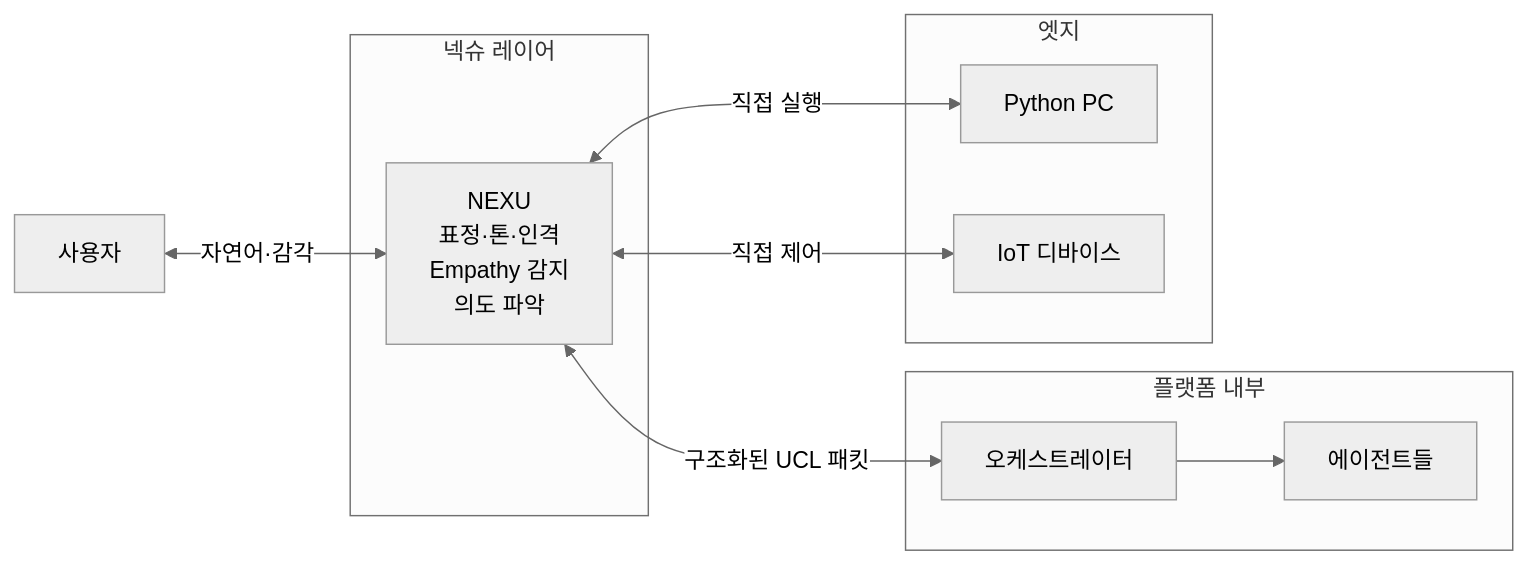
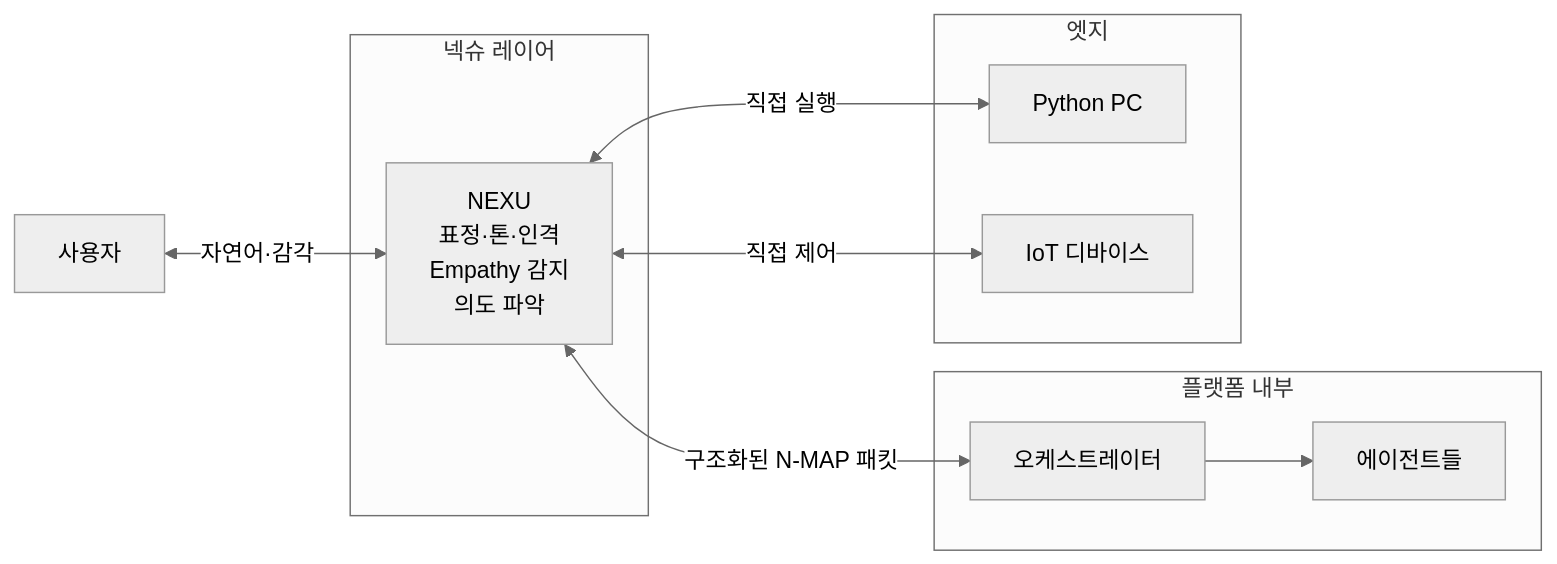
One commit to U2SOUTION/NEXA changed the third of 3 diagrams in NEXA-Platform/docs/SYS ARCH NEXA 핵심 인프라.md. Above: the diagram before and after it, drawn with Mermaid (neutral theme). The commit also changed other lines of this file and 145 other files, not shown here.

````diff
--- a/NEXA-Platform/docs/SYS ARCH NEXA 핵심 인프라.md
+++ b/NEXA-Platform/docs/SYS ARCH NEXA 핵심 인프라.md
@@ -207,24 +207,24 @@
 ```mermaid
 flowchart LR
     user["사용자"]
 
     subgraph nexu_layer ["넥슈 레이어"]
         nexu["NEXU\n표정·톤·인격\nEmpathy 감지\n의도 파악"]
     end
 
     subgraph backend ["플랫폼 내부"]
         orch["오케스트레이터"]
         agents["에이전트들"]
     end
 
     subgraph edge ["엣지"]
         pc["Python PC"]
         iot["IoT 디바이스"]
     end
 
     user <-->|"자연어·감각"| nexu
-    nexu <-->|"구조화된 UCL 패킷"| orch
+    nexu <-->|"구조화된 N-MAP 패킷"| orch
     nexu <-->|"직접 실행"| pc
     nexu <-->|"직접 제어"| iot
     orch --> agents
 ```
````
